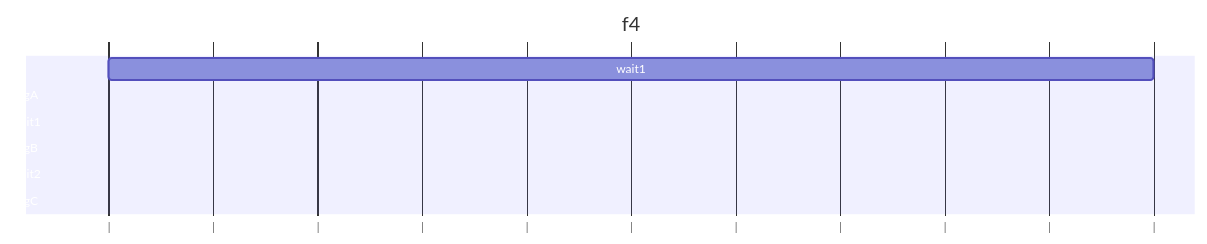
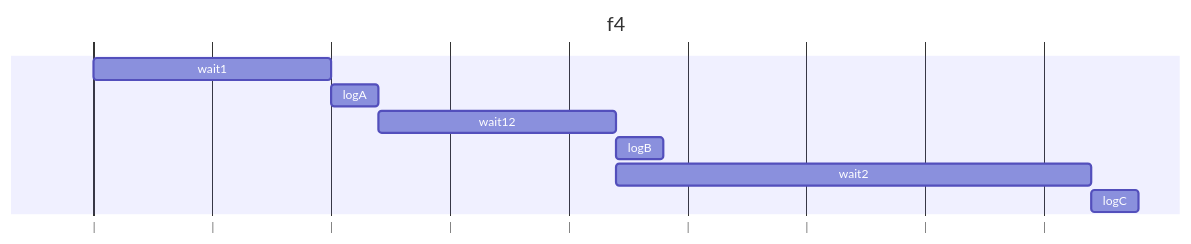
Before and after one commit to Shogo-Sumi/sample: the diagram in exercises/ch13/ex02/f6.md, drawn with Mermaid.

Commit message:
[Add]ex02

````diff
--- a/exercises/ch13/ex02/f6.md
+++ b/exercises/ch13/ex02/f6.md
@@ -1,12 +1,12 @@
 ```mermaid
 gantt
   title f4
   dateFormat  s
   axisFormat |
     wait1 :w1, 0, 1s
     logA  :l1, after w1, 0.2s
-    wait1 :w1, after l1, 1s
-    logB  :l2, after w1, 0.2s
-    wait2 :w2, after w1, 2s
+    wait12 :w12, after l1, 1s
+    logB  :l2, after w12, 0.2s
+    wait2 :w2, after w12, 2s
     logC  :l3, after w2, 0.2s
 ```
````
